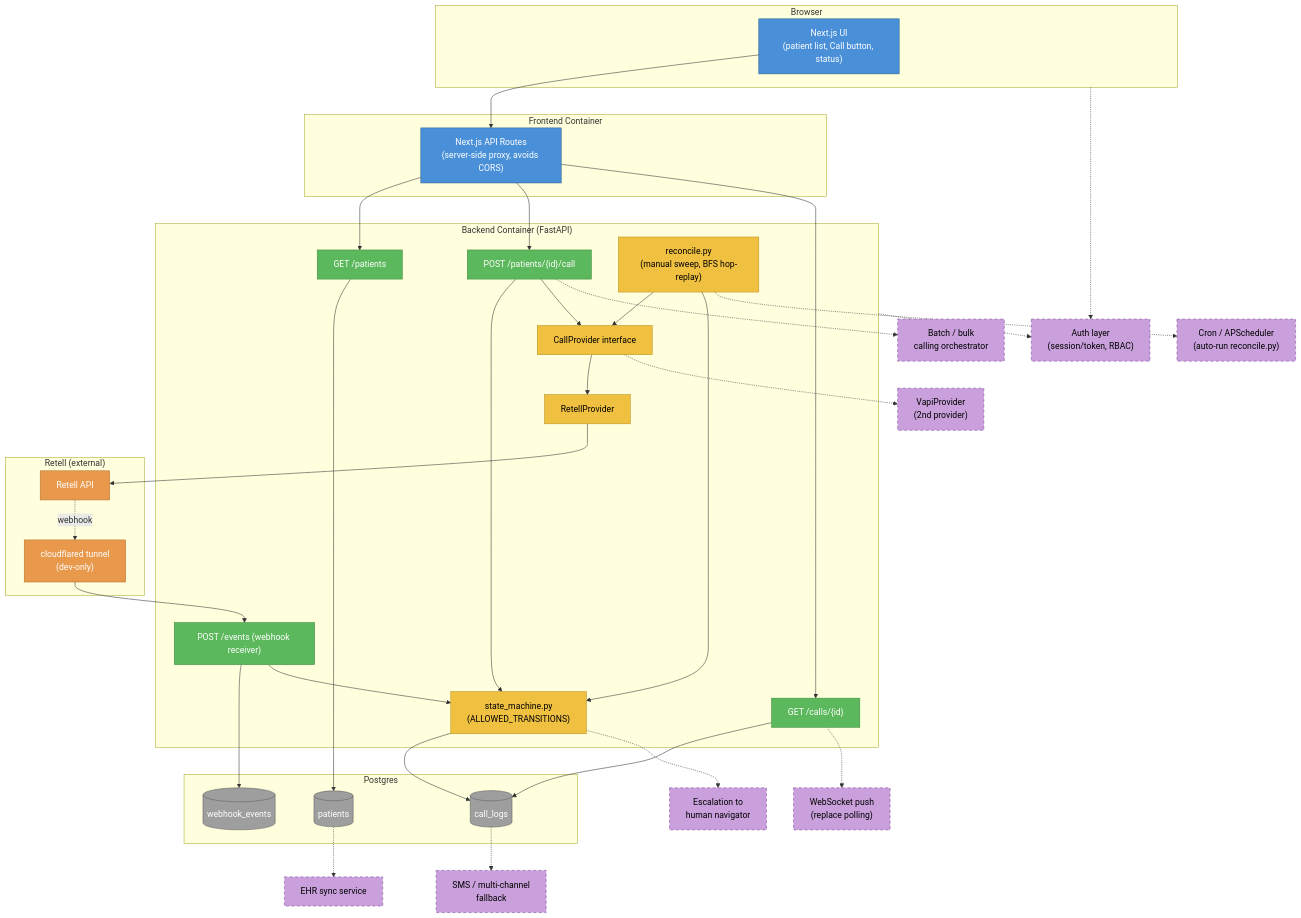
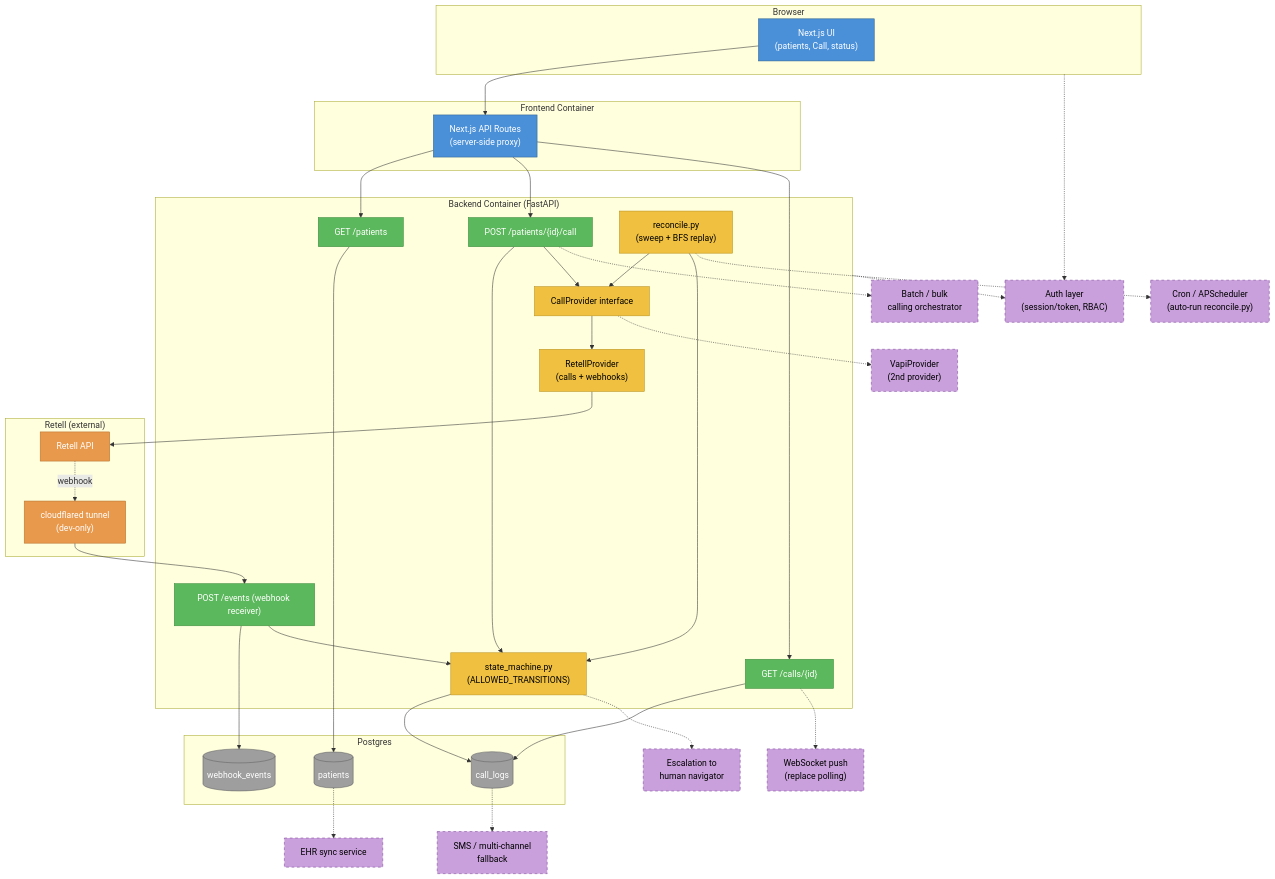
The second of 2 diagrams in README.md (liam-pinson/rely-health-ai-calling-agent), drawn with Mermaid before and after one commit. The commit also changed other lines of this file, not shown here.

Commit message:
fix cut off components in architecture diagram

````diff
--- a/README.md
+++ b/README.md
@@ -473,75 +473,75 @@
 ```mermaid
 flowchart TB
     subgraph Client["Browser"]
-        UI["Next.js UI<br/>(patient list, Call button, status)"]
+        UI["Next.js UI<br/>(patients, Call, status)"]
     end
 
     subgraph Frontend["Frontend Container"]
-        Proxy["Next.js API Routes<br/>(server-side proxy, avoids CORS)"]
+        Proxy["Next.js API Routes<br/>(server-side proxy)"]
     end
 
     subgraph Backend["Backend Container (FastAPI)"]
         Patients["GET /patients"]
         CallEP["POST /patients/{id}/call"]
         Events["POST /events (webhook receiver)"]
         CallsGet["GET /calls/{id}"]
         SM["state_machine.py<br/>(ALLOWED_TRANSITIONS)"]
-        Reconcile["reconcile.py<br/>(manual sweep, BFS hop-replay)"]
+        Reconcile["reconcile.py<br/>(sweep + BFS replay)"]
         Provider["CallProvider interface"]
-        Retell["RetellProvider"]
+        Retell["RetellProvider<br/>(calls + webhooks)"]
     end
 
     subgraph DB["Postgres"]
         PatientTbl[("patients")]
         CallLogTbl[("call_logs")]
         WebhookTbl[("webhook_events")]
     end
 
     subgraph External["Retell (external)"]
         RetellAPI["Retell API"]
         Tunnel["cloudflared tunnel<br/>(dev-only)"]
     end
 
     UI --> Proxy --> Patients & CallEP & CallsGet
     CallEP --> SM --> CallLogTbl
     CallEP --> Provider --> Retell --> RetellAPI
     RetellAPI -.webhook.-> Tunnel --> Events --> WebhookTbl
     Events --> SM
     Reconcile --> Provider
     Reconcile --> SM
     Patients --> PatientTbl
     CallsGet --> CallLogTbl
 
     Vapi["VapiProvider<br/>(2nd provider)"]
     SMS["SMS / multi-channel<br/>fallback"]
     Escalation["Escalation to<br/>human navigator"]
     Batch["Batch / bulk<br/>calling orchestrator"]
     EHR["EHR sync service"]
     Scheduler["Cron / APScheduler<br/>(auto-run reconcile.py)"]
     WS["WebSocket push<br/>(replace polling)"]
     Auth["Auth layer<br/>(session/token, RBAC)"]
 
     Provider -.-> Vapi
     CallLogTbl -.-> SMS
     SM -.-> Escalation
     CallEP -.-> Batch
     PatientTbl -.-> EHR
     Reconcile -.-> Scheduler
     CallsGet -.-> WS
     Client -.-> Auth
     Backend -.-> Auth
 
     class UI,Proxy frontend
     class Patients,CallEP,Events,CallsGet route
     class SM,Reconcile,Provider,Retell logic
     class PatientTbl,CallLogTbl,WebhookTbl db
     class RetellAPI,Tunnel external
     class Vapi,SMS,Escalation,Batch,EHR,Scheduler,WS,Auth future
 
     classDef frontend fill:#4A90D9,stroke:#2C5F8A,color:#fff
     classDef route fill:#5CB85C,stroke:#3D8B3D,color:#fff
     classDef logic fill:#F0C040,stroke:#B8901E,color:#000
     classDef db fill:#9E9E9E,stroke:#616161,color:#fff
     classDef external fill:#E8994C,stroke:#B5702A,color:#fff
     classDef future fill:#C9A0DC,stroke:#7B4397,color:#000,stroke-dasharray: 5 5
 ```
````
